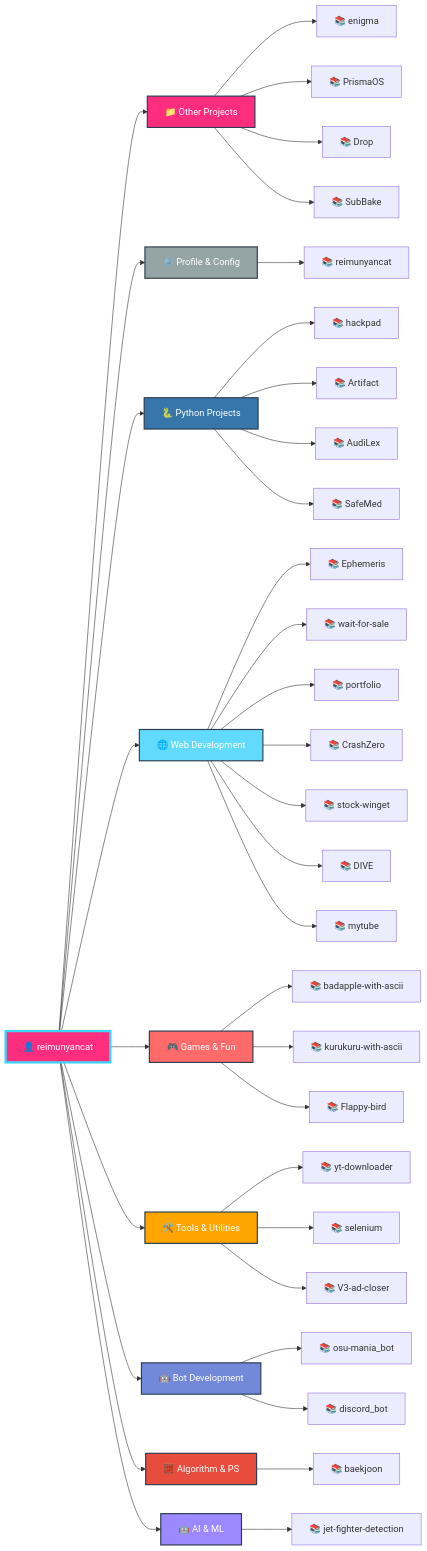
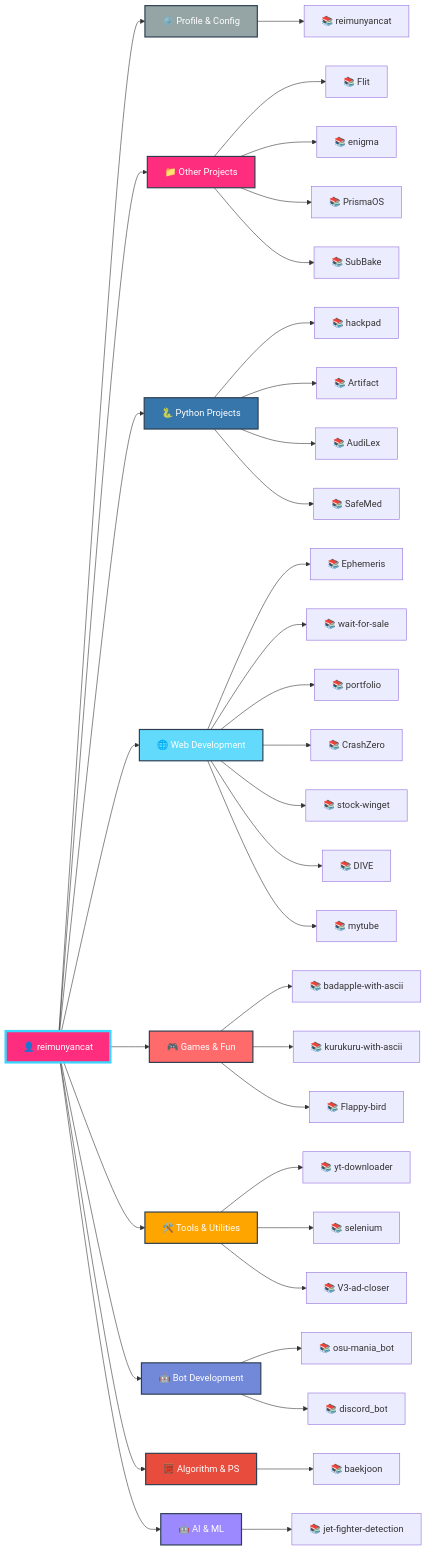
One commit to reimunyancat/reimunyancat changed the diagram in README.md. Above: the diagram before and after it, drawn with Mermaid. The commit also changed other lines of this file, not shown here.

````diff
--- a/README.md
+++ b/README.md
@@ -159,59 +159,59 @@
 ```mermaid
 graph LR
   A[👤 reimunyancat]
 
-  A --> CAT0[📁 Other Projects]
-  CAT0 --> CAT0_0[📚 enigma]
-  CAT0 --> CAT0_1[📚 PrismaOS]
-  CAT0 --> CAT0_2[📚 Drop]
-  CAT0 --> CAT0_3[📚 SubBake]
+  A --> CAT0[⚙️ Profile & Config]
+  CAT0 --> CAT0_0[📚 reimunyancat]
 
-  A --> CAT1[⚙️ Profile & Config]
-  CAT1 --> CAT1_0[📚 reimunyancat]
+  A --> CAT1[📁 Other Projects]
+  CAT1 --> CAT1_0[📚 Flit]
+  CAT1 --> CAT1_1[📚 enigma]
+  CAT1 --> CAT1_2[📚 PrismaOS]
+  CAT1 --> CAT1_3[📚 SubBake]
 
   A --> CAT2[🐍 Python Projects]
   CAT2 --> CAT2_0[📚 hackpad]
   CAT2 --> CAT2_1[📚 Artifact]
   CAT2 --> CAT2_2[📚 AudiLex]
   CAT2 --> CAT2_3[📚 SafeMed]
 
   A --> CAT3[🌐 Web Development]
   CAT3 --> CAT3_0[📚 Ephemeris]
   CAT3 --> CAT3_1[📚 wait-for-sale]
   CAT3 --> CAT3_2[📚 portfolio]
   CAT3 --> CAT3_3[📚 CrashZero]
   CAT3 --> CAT3_4[📚 stock-winget]
   CAT3 --> CAT3_5[📚 DIVE]
   CAT3 --> CAT3_6[📚 mytube]
 
   A --> CAT4[🎮 Games & Fun]
   CAT4 --> CAT4_0[📚 badapple-with-ascii]
   CAT4 --> CAT4_1[📚 kurukuru-with-ascii]
   CAT4 --> CAT4_2[📚 Flappy-bird]
 
   A --> CAT5[🛠️ Tools & Utilities]
   CAT5 --> CAT5_0[📚 yt-downloader]
   CAT5 --> CAT5_1[📚 selenium]
   CAT5 --> CAT5_2[📚 V3-ad-closer]
 
   A --> CAT6[🤖 Bot Development]
   CAT6 --> CAT6_0[📚 osu-mania_bot]
   CAT6 --> CAT6_1[📚 discord_bot]
 
   A --> CAT7[🧮 Algorithm & PS]
   CAT7 --> CAT7_0[📚 baekjoon]
 
   A --> CAT8[🤖 AI & ML]
   CAT8 --> CAT8_0[📚 jet-fighter-detection]
 
   style A fill:#FF2D7E,stroke:#3BD6FF,stroke-width:4px,color:#fff
-  style CAT0 fill:#FF2D7E,stroke:#2c3e50,stroke-width:2px,color:#fff
-  style CAT1 fill:#95a5a6,stroke:#2c3e50,stroke-width:2px,color:#fff
+  style CAT0 fill:#95a5a6,stroke:#2c3e50,stroke-width:2px,color:#fff
+  style CAT1 fill:#FF2D7E,stroke:#2c3e50,stroke-width:2px,color:#fff
   style CAT2 fill:#3776ab,stroke:#2c3e50,stroke-width:2px,color:#fff
   style CAT3 fill:#61dafb,stroke:#2c3e50,stroke-width:2px,color:#fff
   style CAT4 fill:#ff6b6b,stroke:#2c3e50,stroke-width:2px,color:#fff
   style CAT5 fill:#ffa500,stroke:#2c3e50,stroke-width:2px,color:#fff
   style CAT6 fill:#7289da,stroke:#2c3e50,stroke-width:2px,color:#fff
   style CAT7 fill:#e74c3c,stroke:#2c3e50,stroke-width:2px,color:#fff
   style CAT8 fill:#9c88ff,stroke:#2c3e50,stroke-width:2px,color:#fff
 ```
````
